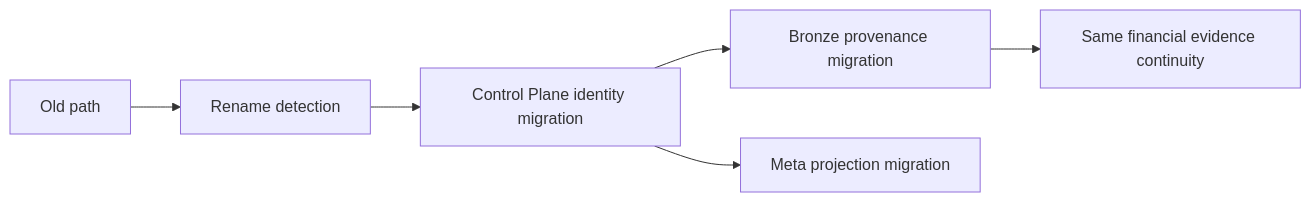
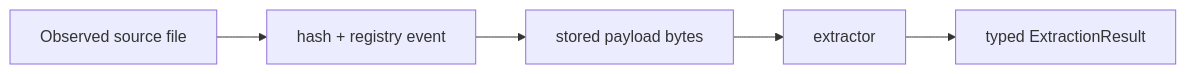
One commit to tks18/personal-finance-etl changed the fourth of 11 diagrams in docs/architecture/data-lifecycle.md. Above: the diagram before and after it, drawn with Mermaid. The commit also changed other lines of this file and 10 other files, not shown here.

Commit message:
docs: update docs/architecture for latest version

````diff
--- a/docs/architecture/data-lifecycle.md
+++ b/docs/architecture/data-lifecycle.md
@@ -135,8 +200,7 @@
 ```mermaid
 flowchart LR
-    OLD[Old path] --> DETECT[Rename detection]
-    DETECT --> CP[Control Plane identity migration]
-    CP --> BR[Bronze provenance migration]
-    CP --> META[Meta projection migration]
-    BR --> SAME[Same financial evidence continuity]
+    F[Observed source file] --> H[hash + registry event]
+    H --> P[stored payload bytes]
+    P --> X[extractor]
+    X --> R[typed ExtractionResult]
 ```
````
